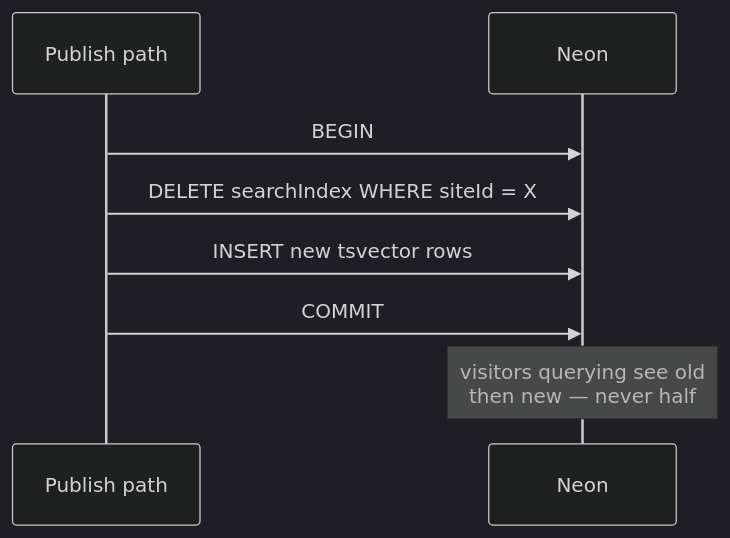
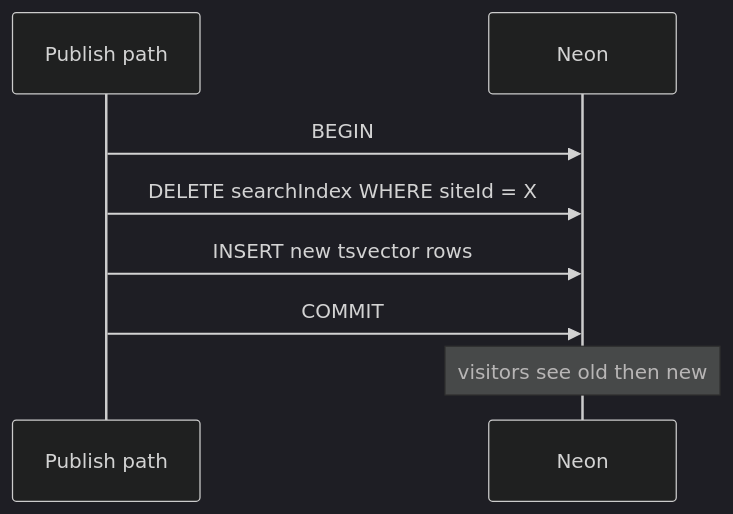
Before and after one commit to aayushman-singh/open-canvas: diagram 24 of 35 in docs/demo/diagrams/live-draw-reference.md, drawn with Mermaid (dark theme). The commit also changed other lines of this file and 1 other file, not shown here.

````diff
--- a/docs/demo/diagrams/live-draw-reference.md
+++ b/docs/demo/diagrams/live-draw-reference.md
@@ -750,10 +776,10 @@
 ```mermaid
 sequenceDiagram
   participant Pub as Publish path
   participant DB as Neon
   Pub->>DB: BEGIN
   Pub->>DB: DELETE searchIndex WHERE siteId = X
   Pub->>DB: INSERT new tsvector rows
   Pub->>DB: COMMIT
-  Note over DB: visitors querying see old<br/>then new — never half
+  Note over DB: visitors see old then new
 ```
````
